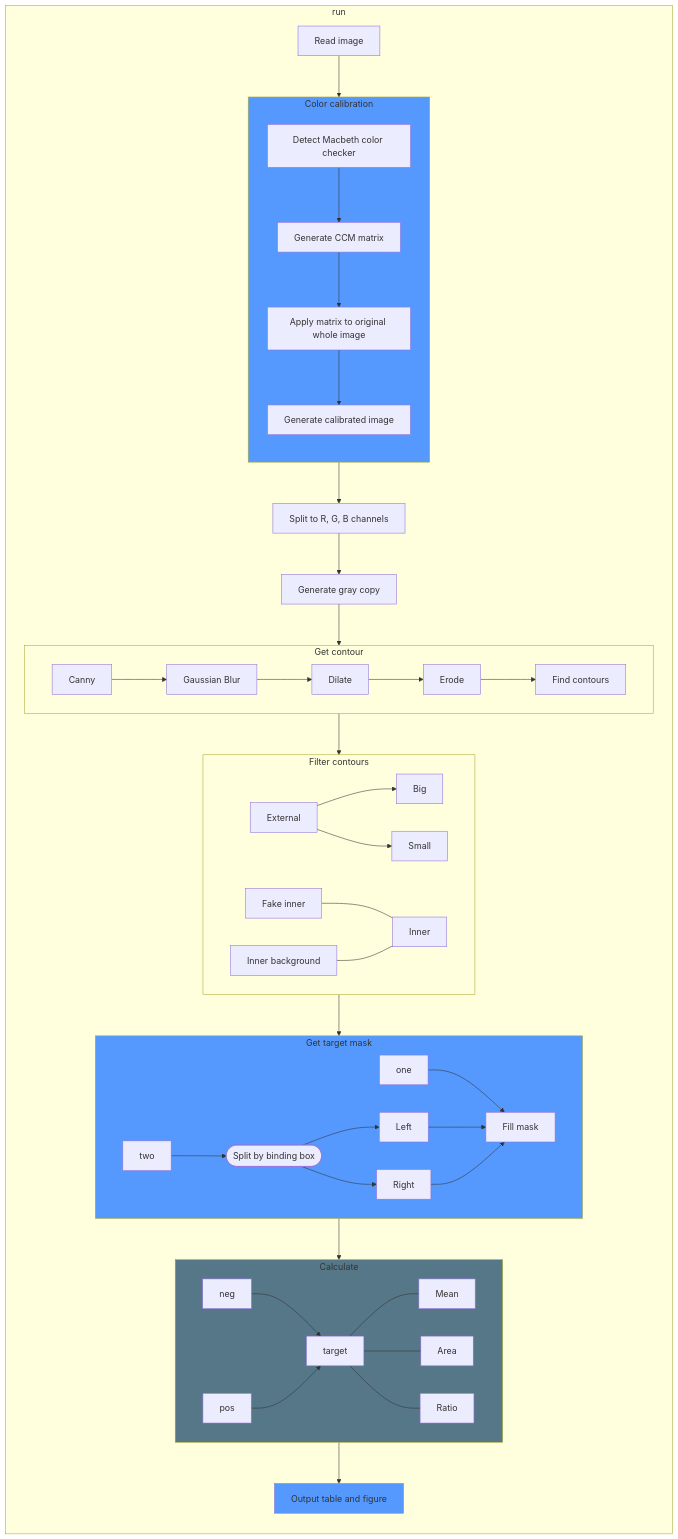
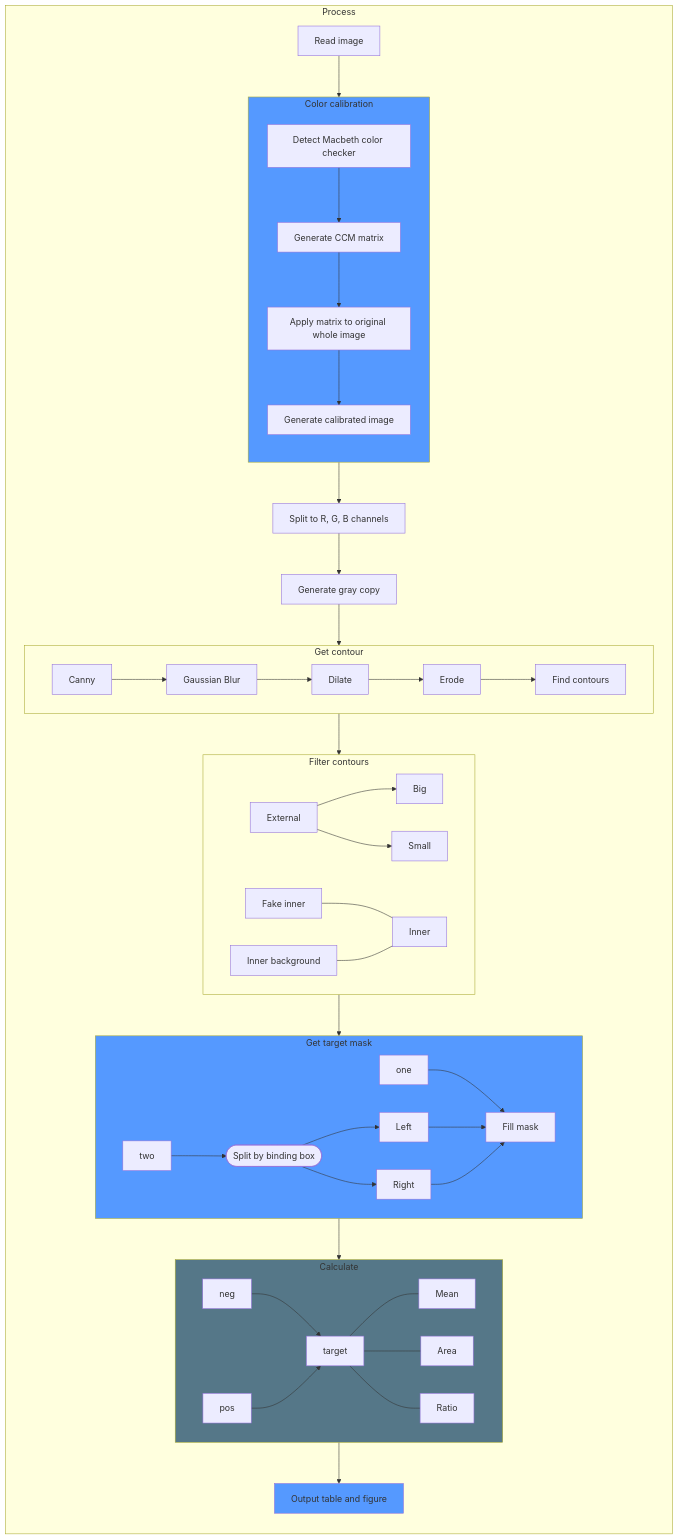
Before and after one commit to wpwupingwp/pyGUS: the second of 2 diagrams in README.md, drawn with Mermaid. The commit also changed other lines of this file, not shown here.

````diff
--- a/README.md
+++ b/README.md
@@ -356,51 +367,51 @@
 ```mermaid
 flowchart LR
-    subgraph run
+    subgraph Process
         g1[Read image]
         g1.5[[Color calibration]]
         g2[Split to R, G, B channels]
         g3[Generate gray copy]
         g4[Get edge]
         g5[Filter contours]
         g6[Get target mask]
         g7[Calculate]
         g8[Output table and figure]
         g1 --> g1.5 --> g2 --> g3 --> g4 --> g5 --> g6 --> g7 --> g8 
         style g1.5 fill:#59f
         style g6 fill:#59f
         style g7 fill:#557788
         style g8 fill:#59f
     end
     subgraph g1.5[Color calibration]
         direction TB
         c1[Detect Macbeth color checker]
         c2[Generate CCM matrix]
         c3[Apply matrix to original whole image]
         c4[Generate calibrated image]
         c1 --> c2 --> c3 --> c4
     end
     subgraph g4[Get contour]
         direction LR
         g41[Canny] --> g42[Gaussian Blur] --> g43[Dilate] --> g44[Erode]
         g44 --> g45[Find contours]
     end
     subgraph g5[Filter contours]
         direction LR
         g51[External] --> Big & Small 
         g52[Inner]
         g53[Fake inner]
         g54[Inner background]
         g53 & g54 --- g52
     end
     subgraph g6[Get target mask]
         direction LR
         one
         two --> s([Split by binding box]) --> Left & Right
         one & Left & Right --> f[Fill mask]
     end
     subgraph g7[Calculate]
         direction LR
         neg & pos --> target --- Mean & Area & Ratio
     end
 
 ```
````
